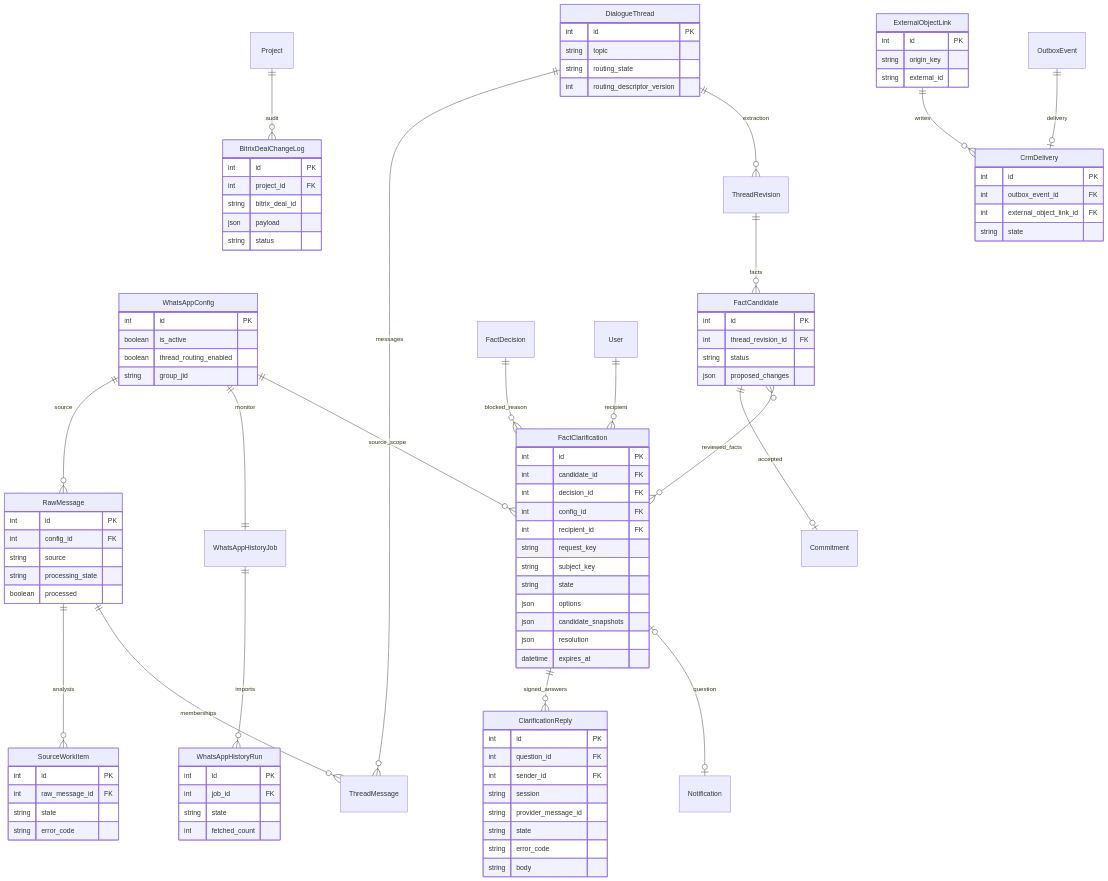
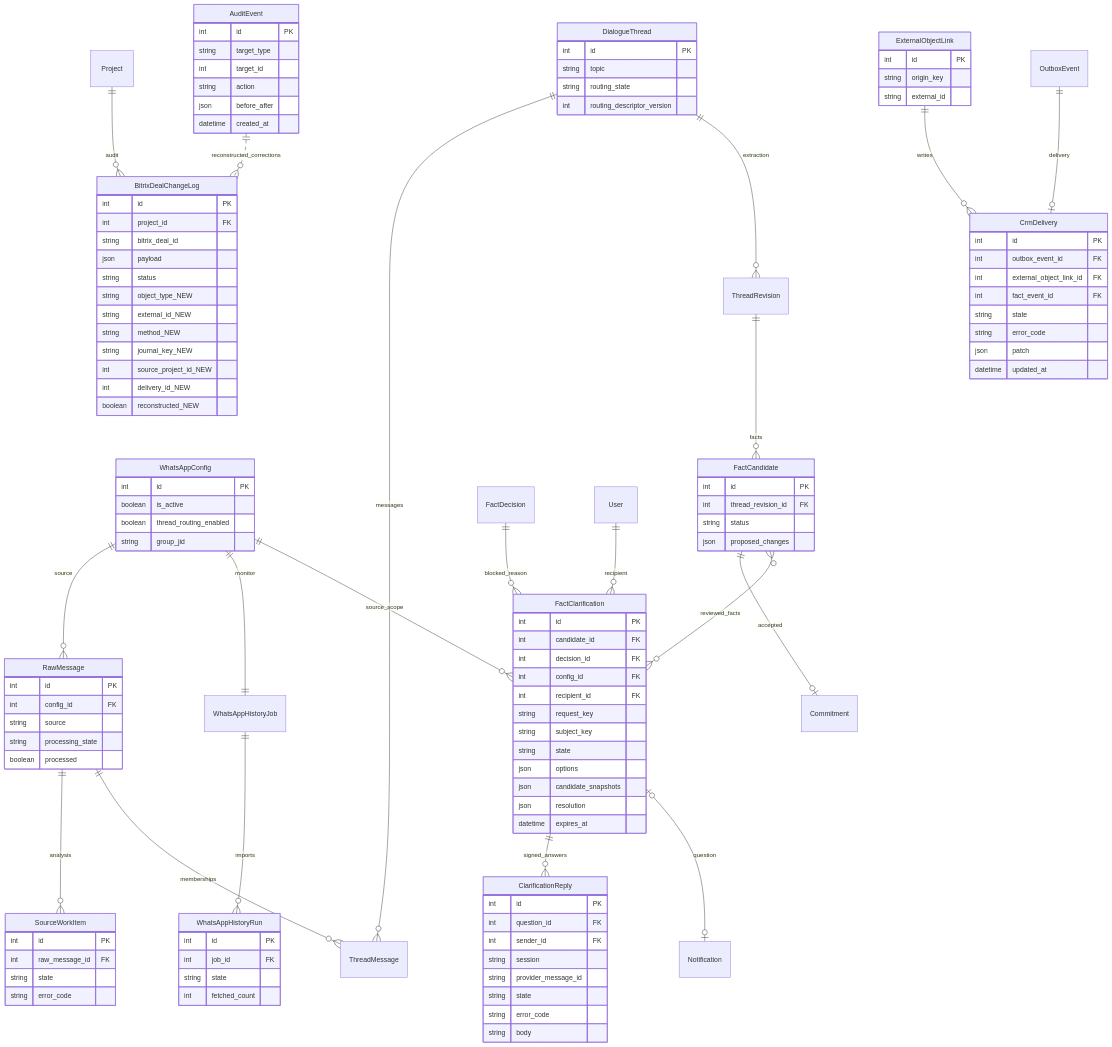
The first of 2 diagrams in specs/task_2026-10-13_21-59-19_MSK.md (envOnion/kz-mazory), drawn with Mermaid before and after one commit. The commit also changed other lines of this file and 13 other files, not shown here.

Commit message:
fix: persist Bitrix mutation receipts and restore historical journal

````diff
--- a/specs/task_2026-10-13_21-59-19_MSK.md
+++ b/specs/task_2026-10-13_21-59-19_MSK.md
@@ -6,32 +6,34 @@
 ```mermaid
 erDiagram
     WhatsAppConfig ||--o{ RawMessage : source
     WhatsAppConfig ||--|| WhatsAppHistoryJob : monitor
     WhatsAppHistoryJob ||--o{ WhatsAppHistoryRun : imports
     RawMessage ||--o{ SourceWorkItem : analysis
     RawMessage ||--o{ ThreadMessage : memberships
     DialogueThread ||--o{ ThreadMessage : messages
     DialogueThread ||--o{ ThreadRevision : extraction
     ThreadRevision ||--o{ FactCandidate : facts
     FactCandidate ||--o| Commitment : accepted
     FactCandidate }o--o{ FactClarification : reviewed_facts
     FactDecision ||--o{ FactClarification : blocked_reason
     WhatsAppConfig ||--o{ FactClarification : source_scope
     User ||--o{ FactClarification : recipient
     FactClarification ||--o{ ClarificationReply : signed_answers
     FactClarification |o--o| Notification : question
     Project ||--o{ BitrixDealChangeLog : audit
+    AuditEvent ||..o{ BitrixDealChangeLog : reconstructed_corrections
     ExternalObjectLink ||--o{ CrmDelivery : writes
     OutboxEvent ||--o| CrmDelivery : delivery
     WhatsAppConfig { int id PK boolean is_active boolean thread_routing_enabled string group_jid }
     RawMessage { int id PK int config_id FK string source string processing_state boolean processed }
     DialogueThread { int id PK string topic string routing_state int routing_descriptor_version }
     FactCandidate { int id PK int thread_revision_id FK string status json proposed_changes }
     WhatsAppHistoryRun { int id PK int job_id FK string state int fetched_count }
     SourceWorkItem { int id PK int raw_message_id FK string state string error_code }
-    BitrixDealChangeLog { int id PK int project_id FK string bitrix_deal_id json payload string status }
+    BitrixDealChangeLog { int id PK int project_id FK string bitrix_deal_id json payload string status string object_type_NEW string external_id_NEW string method_NEW string journal_key_NEW int source_project_id_NEW int delivery_id_NEW boolean reconstructed_NEW }
     ExternalObjectLink { int id PK string origin_key string external_id }
-    CrmDelivery { int id PK int outbox_event_id FK int external_object_link_id FK string state }
+    CrmDelivery { int id PK int outbox_event_id FK int external_object_link_id FK int fact_event_id FK string state string error_code json patch datetime updated_at }
+    AuditEvent { int id PK string target_type int target_id string action json before_after datetime created_at }
     FactClarification { int id PK int candidate_id FK int decision_id FK int config_id FK int recipient_id FK string request_key string subject_key string state json options json candidate_snapshots json resolution datetime expires_at }
     ClarificationReply { int id PK int question_id FK int sender_id FK string session string provider_message_id string state string error_code string body }
 ```
````
